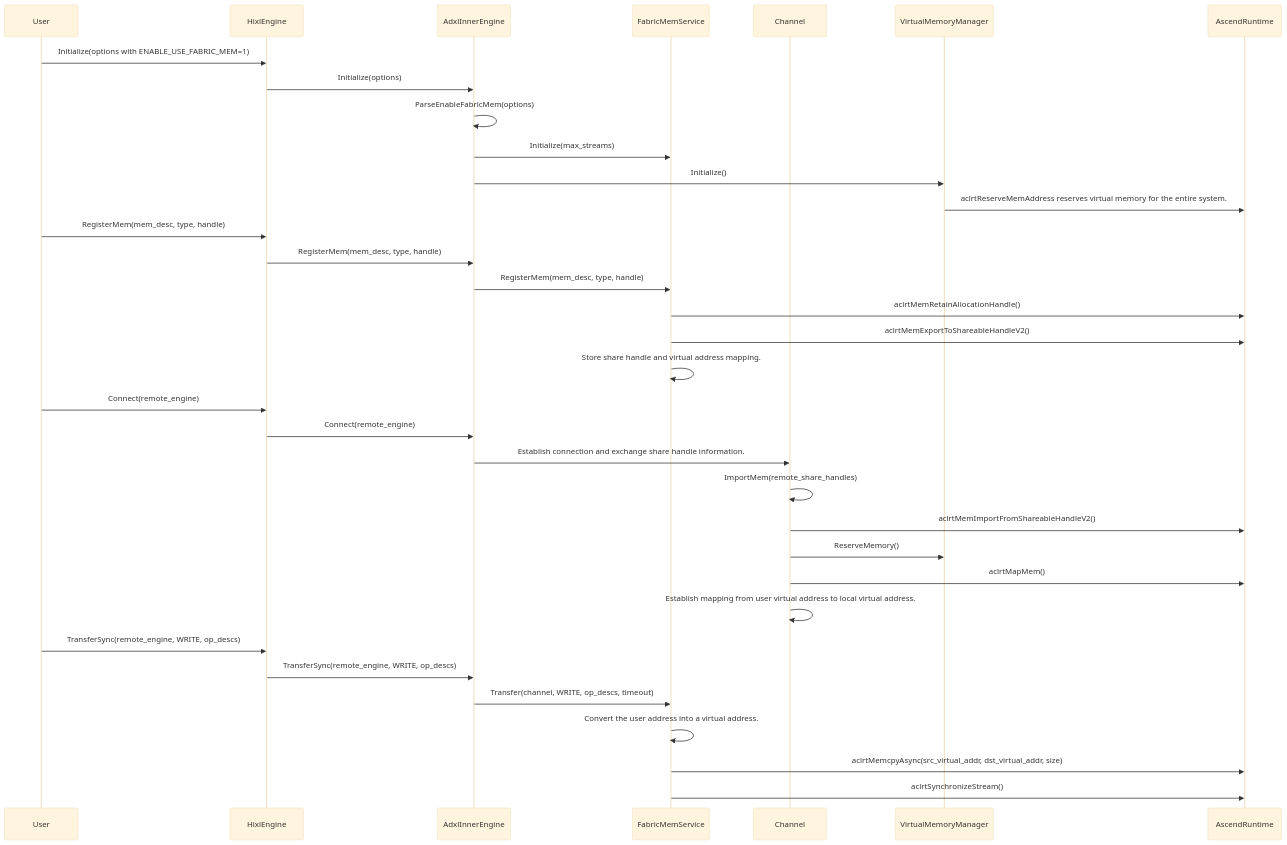
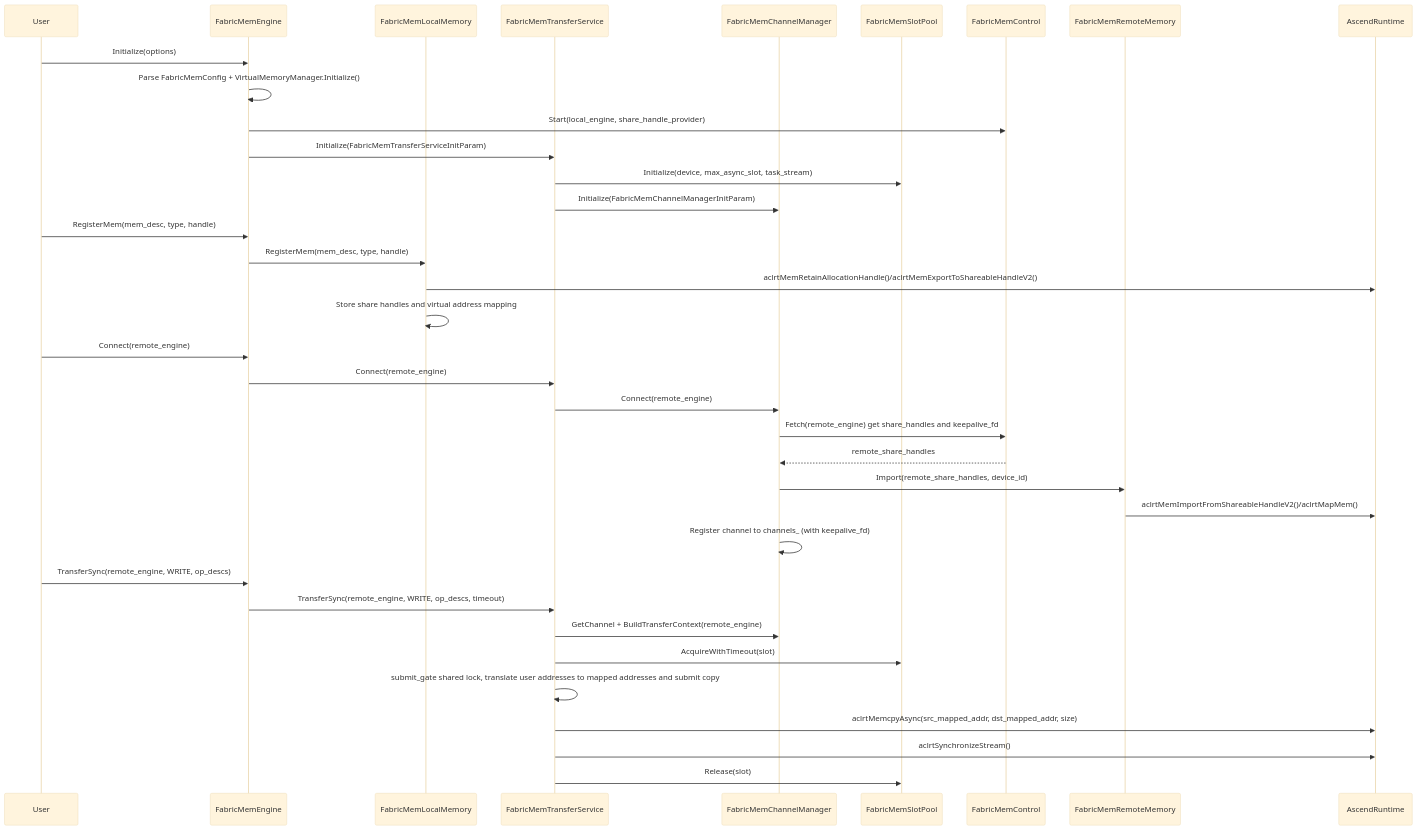
Before and after one commit to hicann/hixl: the second of 2 diagrams in docs/en/design/FabricMem.md, drawn with Mermaid (base theme). The commit also changed other lines of this file and 22 other files, not shown here.

````diff
--- a/docs/en/design/FabricMem.md
+++ b/docs/en/design/FabricMem.md
@@ -96,40 +162,42 @@
 ```mermaid
 sequenceDiagram
    participant User
-   participant HixlEngine
-   participant AdxlInnerEngine
-   participant FabricMemService
-   participant Channel
-   participant VirtualMemoryManager
-   participant AscendRuntime
+   participant FabricMemEngine
+   participant LocalMemory as FabricMemLocalMemory
+   participant Service as FabricMemTransferService
+   participant ChannelMgr as FabricMemChannelManager
+   participant SlotPool as FabricMemSlotPool
+   participant Control as FabricMemControl
+   participant RemoteMemory as FabricMemRemoteMemory
+   participant Runtime as AscendRuntime
 
-   User->>HixlEngine: Initialize(options with ENABLE_USE_FABRIC_MEM=1)
-   HixlEngine->>AdxlInnerEngine: Initialize(options)
-   AdxlInnerEngine->>AdxlInnerEngine: ParseEnableFabricMem(options)
-   AdxlInnerEngine->>FabricMemService: Initialize(max_streams)
-   AdxlInnerEngine->>VirtualMemoryManager: Initialize()
-   VirtualMemoryManager->>AscendRuntime: aclrtReserveMemAddress reserves virtual memory for the entire system.
+   User->>FabricMemEngine: Initialize(options)
+   FabricMemEngine->>FabricMemEngine: Parse FabricMemConfig + VirtualMemoryManager.Initialize()
+   FabricMemEngine->>Control: Start(local_engine, share_handle_provider)
+   FabricMemEngine->>Service: Initialize(FabricMemTransferServiceInitParam)
+   Service->>SlotPool: Initialize(device, max_async_slot, task_stream)
+   Service->>ChannelMgr: Initialize(FabricMemChannelManagerInitParam)
 
-   User->>HixlEngine: RegisterMem(mem_desc, type, handle)
-   HixlEngine->>AdxlInnerEngine: RegisterMem(mem_desc, type, handle)
-   AdxlInnerEngine->>FabricMemService: RegisterMem(mem_desc, type, handle)
-   FabricMemService->>AscendRuntime: aclrtMemRetainAllocationHandle()
-   FabricMemService->>AscendRuntime: aclrtMemExportToShareableHandleV2()
-   FabricMemService->>FabricMemService: Store share handle and virtual address mapping.
+   User->>FabricMemEngine: RegisterMem(mem_desc, type, handle)
+   FabricMemEngine->>LocalMemory: RegisterMem(mem_desc, type, handle)
+   LocalMemory->>Runtime: aclrtMemRetainAllocationHandle()/aclrtMemExportToShareableHandleV2()
+   LocalMemory->>LocalMemory: Store share handles and virtual address mapping
 
-   User->>HixlEngine: Connect(remote_engine)
-   HixlEngine->>AdxlInnerEngine: Connect(remote_engine)
-   AdxlInnerEngine->>Channel: Establish connection and exchange share handle information.
-   Channel->>Channel: ImportMem(remote_share_handles)
-   Channel->>AscendRuntime: aclrtMemImportFromShareableHandleV2()
-   Channel->>VirtualMemoryManager: ReserveMemory()
-   Channel->>AscendRuntime: aclrtMapMem()
-   Channel->>Channel: Establish mapping from user virtual address to local virtual address.
+   User->>FabricMemEngine: Connect(remote_engine)
+   FabricMemEngine->>Service: Connect(remote_engine)
+   Service->>ChannelMgr: Connect(remote_engine)
+   ChannelMgr->>Control: Fetch(remote_engine) get share_handles and keepalive_fd
+   Control-->>ChannelMgr: remote_share_handles
+   ChannelMgr->>RemoteMemory: Import(remote_share_handles, device_id)
+   RemoteMemory->>Runtime: aclrtMemImportFromShareableHandleV2()/aclrtMapMem()
+   ChannelMgr->>ChannelMgr: Register channel to channels_ (with keepalive_fd)
 
-   User->>HixlEngine: TransferSync(remote_engine, WRITE, op_descs)
-   HixlEngine->>AdxlInnerEngine: TransferSync(remote_engine, WRITE, op_descs)
-   AdxlInnerEngine->>FabricMemService: Transfer(channel, WRITE, op_descs, timeout)
-   FabricMemService->>FabricMemService: Convert the user address into a virtual address.
-   FabricMemService->>AscendRuntime: aclrtMemcpyAsync(src_virtual_addr, dst_virtual_addr, size)
-   FabricMemService->>AscendRuntime: aclrtSynchronizeStream()
+   User->>FabricMemEngine: TransferSync(remote_engine, WRITE, op_descs)
+   FabricMemEngine->>Service: TransferSync(remote_engine, WRITE, op_descs, timeout)
+   Service->>ChannelMgr: GetChannel + BuildTransferContext(remote_engine)
+   Service->>SlotPool: AcquireWithTimeout(slot)
+   Service->>Service: submit_gate shared lock, translate user addresses to mapped addresses and submit copy
+   Service->>Runtime: aclrtMemcpyAsync(src_mapped_addr, dst_mapped_addr, size)
+   Service->>Runtime: aclrtSynchronizeStream()
+   Service->>SlotPool: Release(slot)
 ```
````
